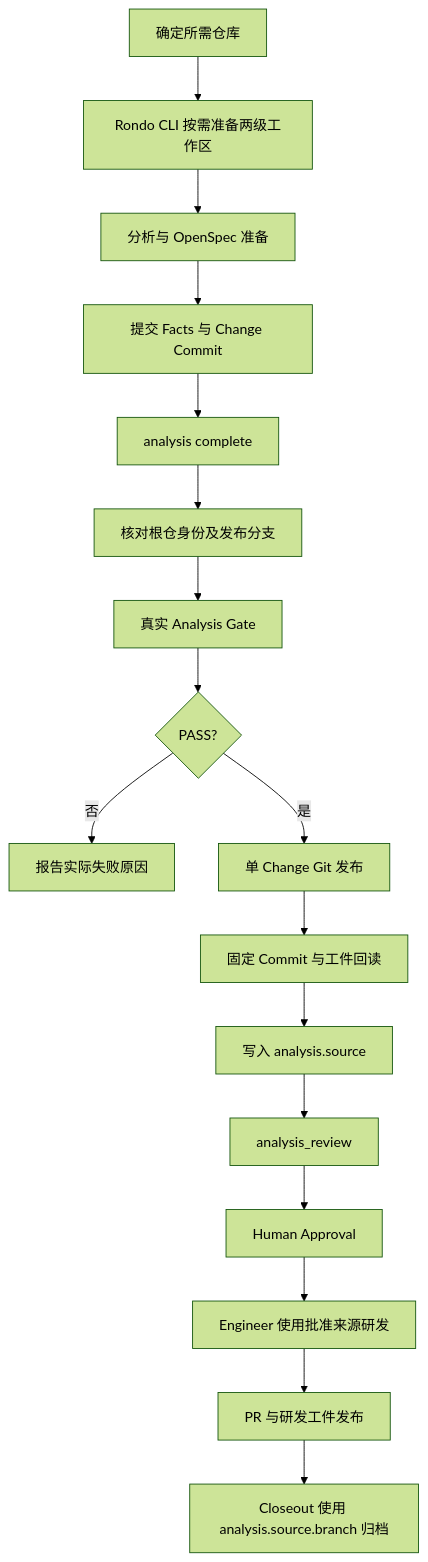
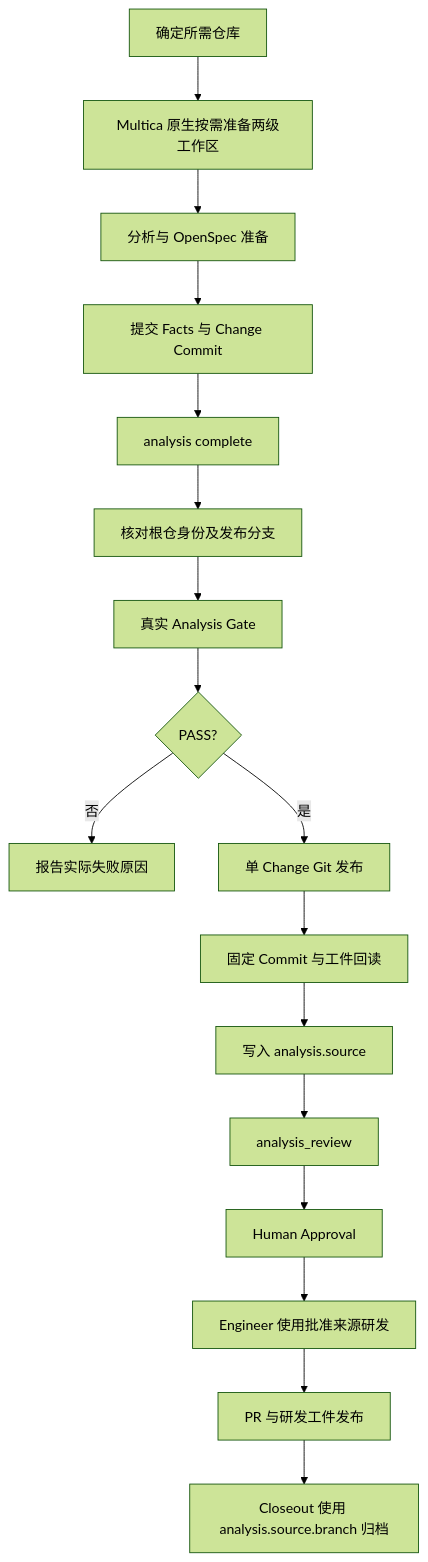
The diagram in 12-native-workspace-consumer-alignment-plan.md (lilei921/winning-platform-rondo), drawn with Mermaid (forest theme) before and after one commit. The commit also changed other lines of this file, not shown here.

Commit message:
docs: 撤销简单 Checkout 封装，直接复用 Multica 原生能力

````diff
--- a/12-native-workspace-consumer-alignment-plan.md
+++ b/12-native-workspace-consumer-alignment-plan.md
@@ -192,19 +183,19 @@
 ```mermaid
 flowchart TD
-  A[确定所需仓库] --> B[Rondo CLI 按需准备两级工作区]
+  A[确定所需仓库] --> B[Multica 原生按需准备两级工作区]
   B --> C[分析与 OpenSpec 准备]
   C --> D[提交 Facts 与 Change Commit]
   D --> E[analysis complete]
   E --> F[核对根仓身份及发布分支]
   F --> G[真实 Analysis Gate]
   G --> H{PASS?}
   H -->|否| X[报告实际失败原因]
   H -->|是| I[单 Change Git 发布]
   I --> J[固定 Commit 与工件回读]
   J --> K[写入 analysis.source]
   K --> L[analysis_review]
   L --> M[Human Approval]
   M --> N[Engineer 使用批准来源研发]
   N --> O[PR 与研发工件发布]
   O --> P[Closeout 使用 analysis.source.branch 归档]
 ```
````
